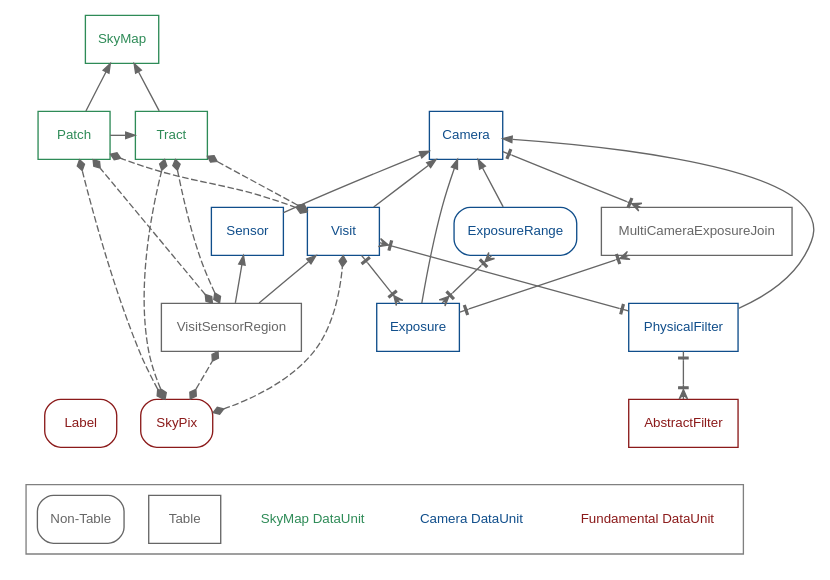
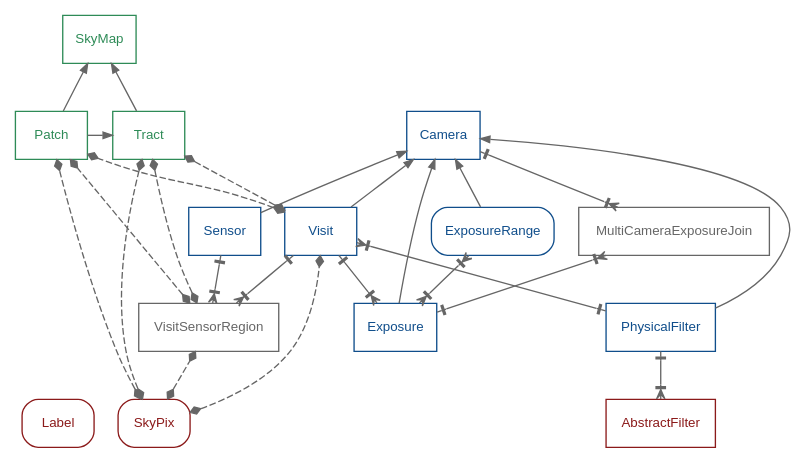
The diagram in DataUnitJoins.dot (lsst-dm/dmtn-073), drawn with Graphviz before and after one commit. The commit also changed 3 other files, not shown here.

Commit message:
More work on DataUnit relationships.

```diff
--- a/DataUnitJoins.dot
+++ b/DataUnitJoins.dot
@@ -1,73 +1,63 @@
 digraph relationships {
     node [shape=box fontname=helvetica fontsize=10]
     edge [dir=both color=grey40 arrowsize=0.7]
     rankdir=BT
     concentrate=false
     {
         node [color=firebrick4, fontcolor=firebrick4]
         {
             rank=same
             Label [style=rounded]
             SkyPix [style=rounded]
         }
         AbstractFilter
     }
     {
         node [color=dodgerblue4, fontcolor=dodgerblue4]
         Camera
         Visit
         Sensor
         Exposure
         PhysicalFilter
         ExposureRange [style=rounded]
     }
     {
         node [color=seagreen4, fontcolor=seagreen4]
         SkyMap
         Tract
         Patch
     }
     {
         node [color=grey40, fontcolor=grey40]
         VisitSensorRegion
         MultiCameraExposureJoin
     }
     Visit -> Camera [arrowtail=none]
     Sensor -> Camera [arrowtail=none]
     Exposure -> Camera [arrowtail=none]
     Exposure -> Visit [arrowtail=crowtee arrowhead=nonetee]
     MultiCameraExposureJoin -> Exposure [arrowtail=crowtee arrowhead=nonetee constraint=false]
     MultiCameraExposureJoin -> Camera [arrowtail=crowtee arrowhead=nonetee]
     ExposureRange -> Camera[arrowtail=none]
     ExposureRange -> Exposure [arrowhead=crowtee arrowtail=crowtee constraint=false]
-    VisitSensorRegion -> Visit [arrowtail=none]
-    VisitSensorRegion -> Sensor [arrowtail=none]
+    VisitSensorRegion -> Visit [arrowtail=crowtee arrowhead=nonetee]
+    VisitSensorRegion -> Sensor [arrowtail=crowtee arrowhead=nonetee]
     PhysicalFilter -> Camera [arrowtail=none]
     AbstractFilter -> PhysicalFilter [arrowhead=nonetee arrowtail=crowtee]
     PhysicalFilter -> Visit [arrowhead=crowtee arrowtail=nonetee]
     Tract -> SkyMap [arrowtail=none]
     Patch -> Tract [arrowtail=none constraint=false]
     Patch -> SkyMap [arrowtail=none]
     {
         edge [arrowtail=diamond arrowhead=diamond style=dashed]
         SkyPix -> Visit
         SkyPix -> VisitSensorRegion
         SkyPix -> Tract
         SkyPix -> Patch
         Visit -> Tract
         Visit -> Patch
         VisitSensorRegion -> Patch
         VisitSensorRegion -> Tract
     }
-    subgraph cluster_legend {
-        color=grey
-        {
-            "Fundamental DataUnit" [shape=none color=firebrick4 fontcolor=firebrick4]
-            "Camera DataUnit" [shape=none color=dodgerblue4 fontcolor=dodgerblue4]
-            "SkyMap DataUnit" [shape=none color=seagreen4 fontcolor=seagreen4]
-            "Table" [color=grey40 fontcolor=grey40]
-            "Non-Table" [style=rounded color=grey40 fontcolor=grey40]
-        }
-    }
-    "Non-Table" -> Label [style=invisible arrowhead=none arrowtail=none]
+
 }
```
